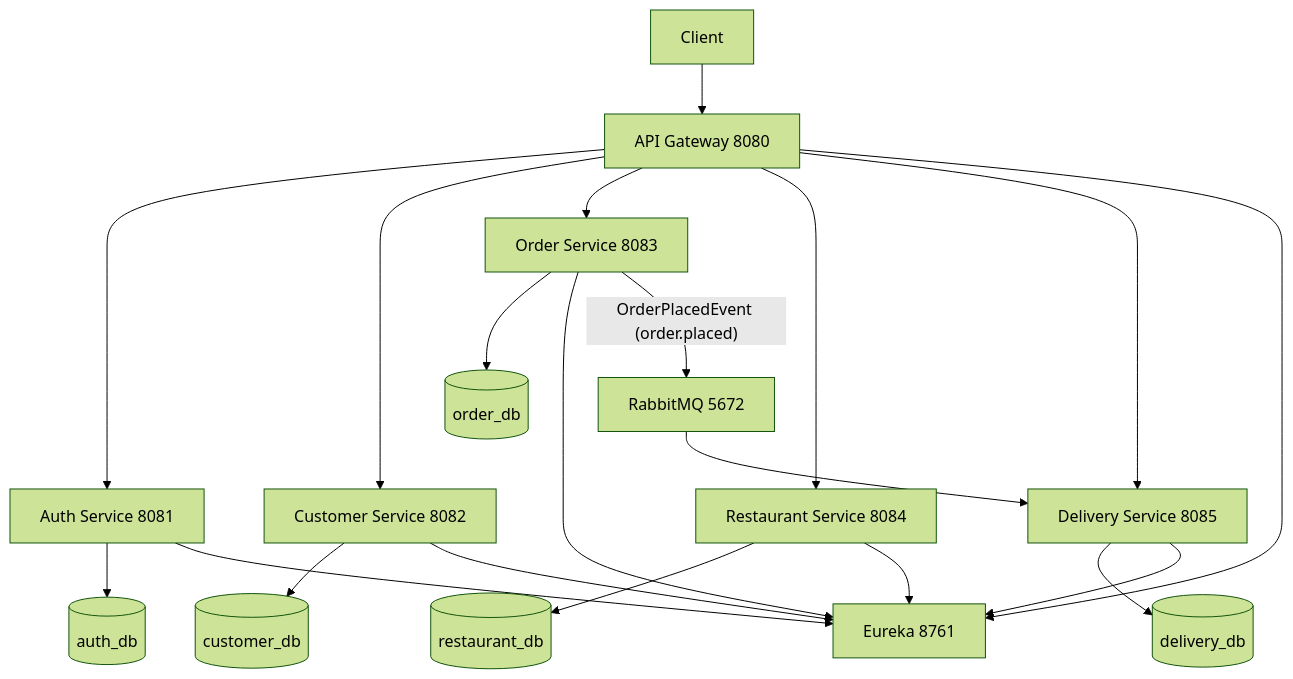
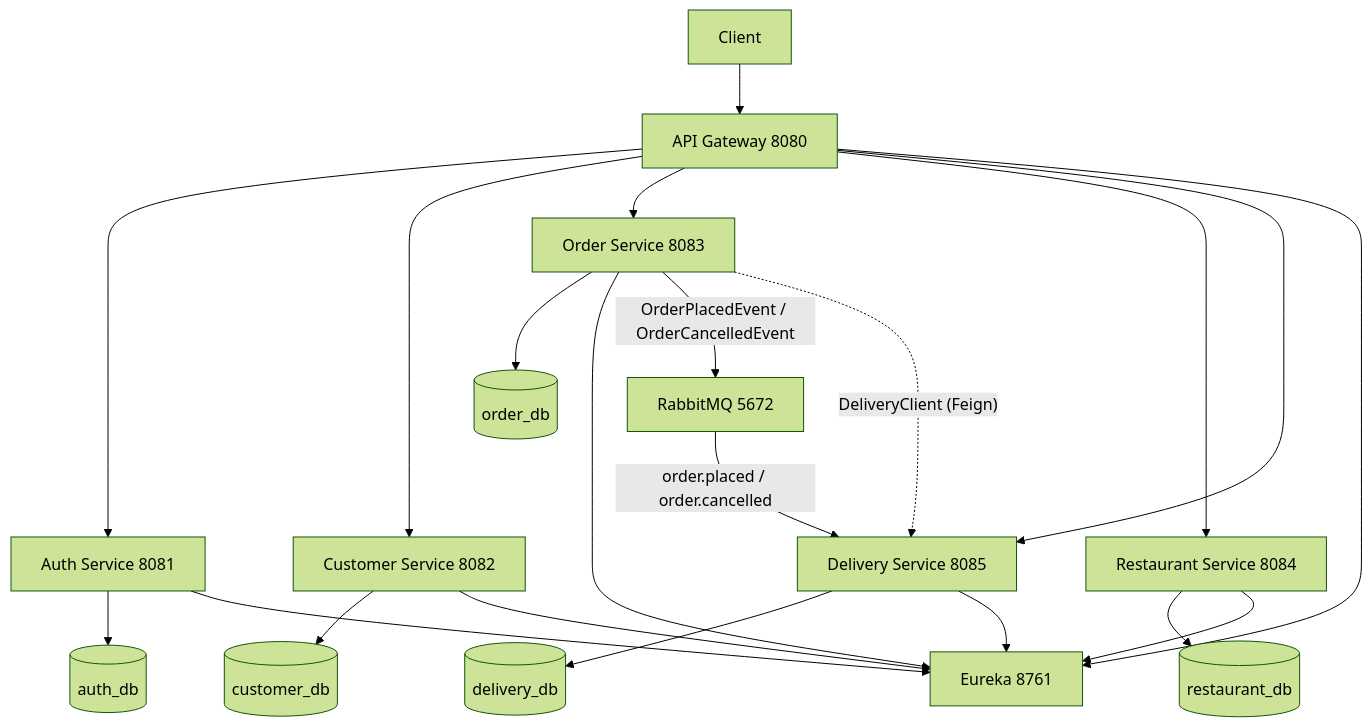
The diagram in docs/architecture.md (GargoilXD/Food-Delivery-Platform), drawn with Mermaid (forest theme) before and after one commit. The commit also changed 32 other files, not shown here.

````diff
--- a/docs/architecture.md
+++ b/docs/architecture.md
@@ -4,31 +4,32 @@
 ```mermaid
 flowchart TD
     client[Client]
     gateway[API Gateway 8080]
     eureka[Eureka 8761]
     rabbit[RabbitMQ 5672]
 
     client --> gateway
 
     gateway --> auth[Auth Service 8081]
     gateway --> customer[Customer Service 8082]
     gateway --> order[Order Service 8083]
     gateway --> restaurant[Restaurant Service 8084]
     gateway --> delivery[Delivery Service 8085]
 
     auth --> authDb[(auth_db)]
     customer --> customerDb[(customer_db)]
     order --> orderDb[(order_db)]
     restaurant --> restaurantDb[(restaurant_db)]
     delivery --> deliveryDb[(delivery_db)]
 
     auth --> eureka
     customer --> eureka
     order --> eureka
     restaurant --> eureka
     delivery --> eureka
     gateway --> eureka
 
-    order -->|"OrderPlacedEvent (order.placed)"| rabbit
-    rabbit --> delivery
+    order -->|"OrderPlacedEvent / OrderCancelledEvent"| rabbit
+    rabbit -->|"order.placed / order.cancelled"| delivery
+    order -.->|"DeliveryClient (Feign)"| delivery
 ```
````
